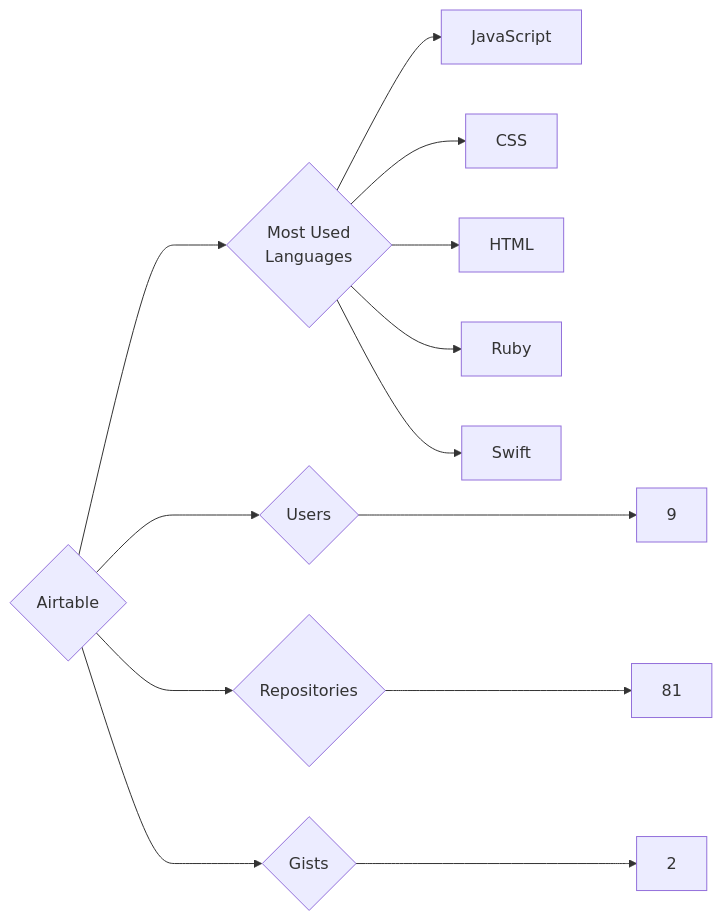
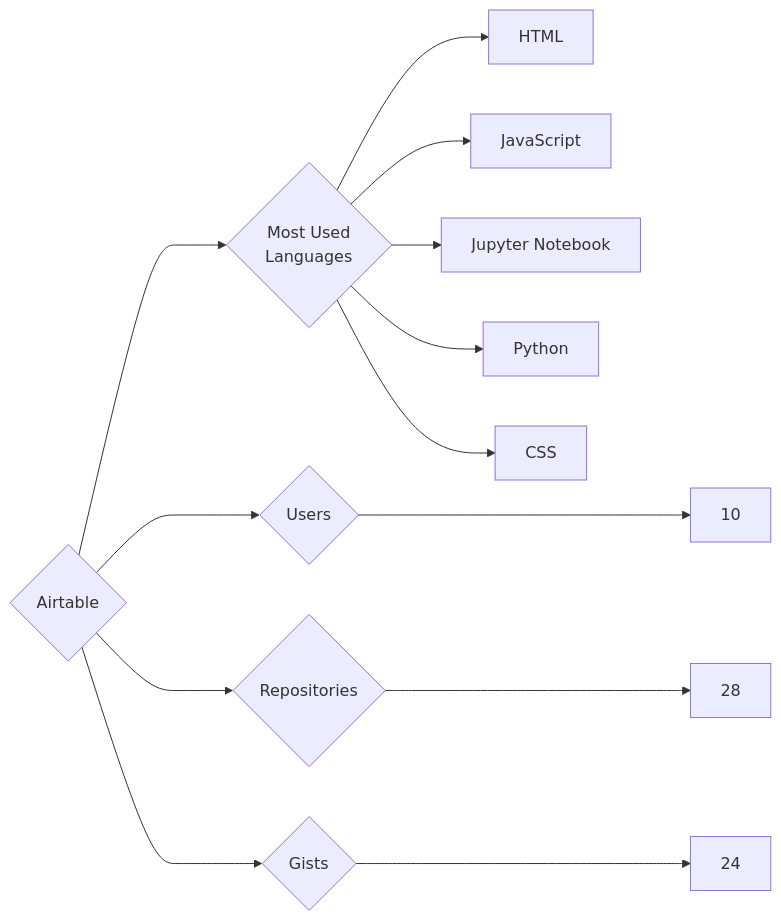
Before and after one commit to trickest/insiders: the diagram in targets/Airtable/README.md, drawn with Mermaid. The commit also changed 1212 other files, not shown here.

````diff
--- a/targets/Airtable/README.md
+++ b/targets/Airtable/README.md
@@ -3,13 +3,13 @@
 ```mermaid
 graph LR
 COMPANY_NAME{Airtable}
-COMPANY_NAME ---> U{Users} ---> UN[9]
-COMPANY_NAME ---> R{Repositories} ---> RN[81]
-COMPANY_NAME ---> G{Gists} ---> GN[2]
+COMPANY_NAME ---> U{Users} ---> UN[10]
+COMPANY_NAME ---> R{Repositories} ---> RN[28]
+COMPANY_NAME ---> G{Gists} ---> GN[24]
 COMPANY_NAME ---> ML{Most Used<br>Languages}
+ML --> HTML[HTML]
 ML --> JavaScript[JavaScript]
+ML --> Jupyter_Notebook[Jupyter Notebook]
+ML --> Python[Python]
 ML --> CSS[CSS]
-ML --> HTML[HTML]
-ML --> Ruby[Ruby]
-ML --> Swift[Swift]
 ```
````
